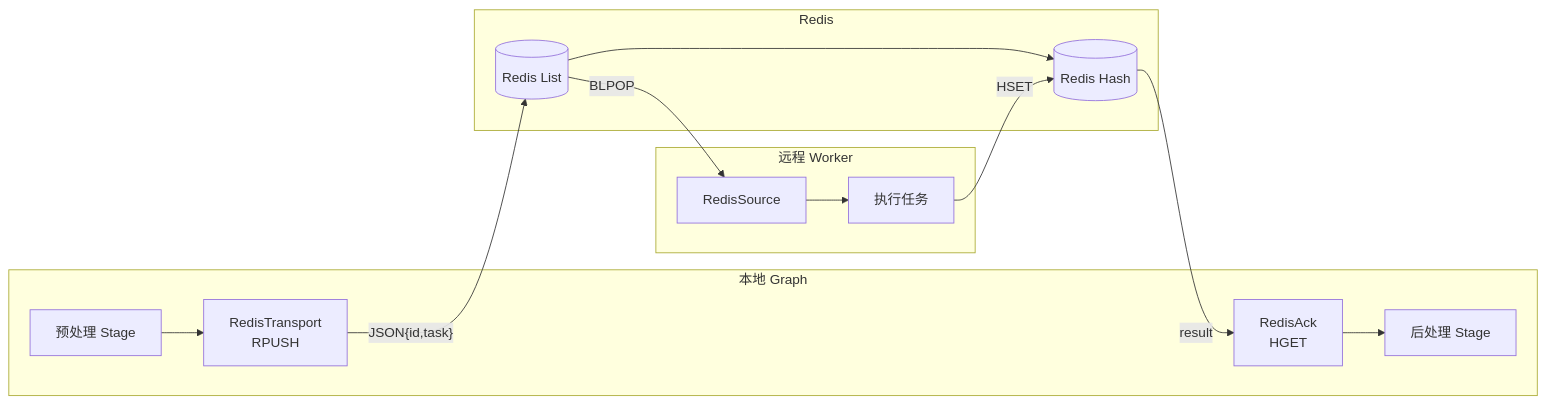
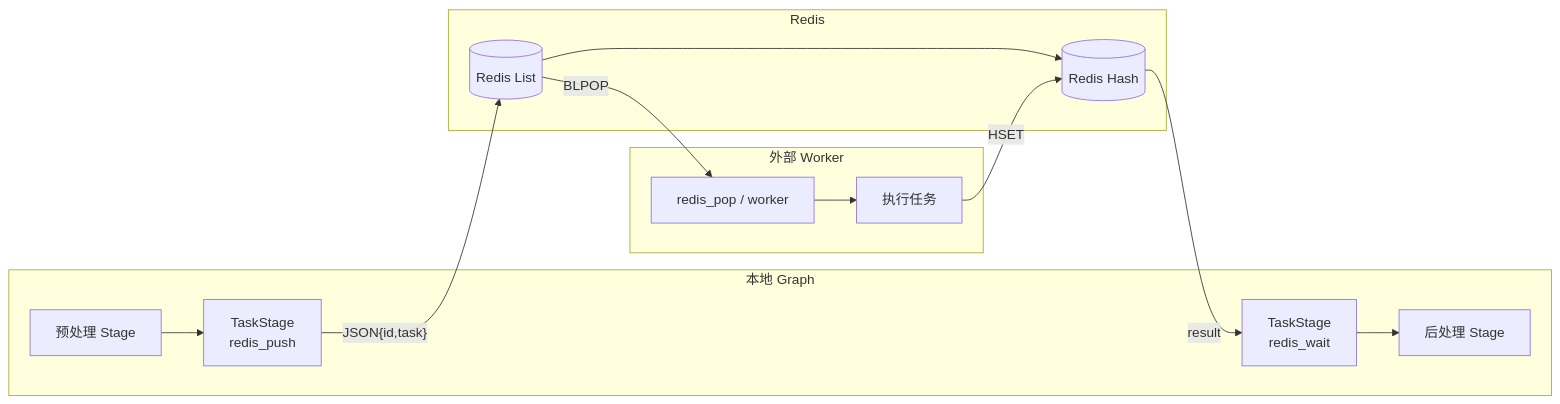
Before and after one commit to Mr-xiaotian/CelestialFlow: the ninth of 9 diagrams in docs/zh-CN/presentation.md, drawn with Mermaid. The commit also changed other lines of this file and 6 other files, not shown here.

````diff
--- a/docs/zh-CN/presentation.md
+++ b/docs/zh-CN/presentation.md
@@ -596,19 +592,19 @@
 ```mermaid
 graph LR
     subgraph 本地 Graph
-        A[预处理 Stage] --> B[RedisTransport<br/>RPUSH]
-        E[RedisAck<br/>HGET] --> F[后处理 Stage]
+        A[预处理 Stage] --> B[TaskStage<br/>redis_push]
+        E[TaskStage<br/>redis_wait] --> F[后处理 Stage]
     end
 
     subgraph Redis
         B -->|"JSON{id,task}"| C[(Redis List)]
         C --> D[(Redis Hash)]
         D -->|"result"| E
     end
 
-    subgraph 远程 Worker
-        C -->|BLPOP| G[RedisSource]
+    subgraph 外部 Worker
+        C -->|BLPOP| G[redis_pop / worker]
         G --> H[执行任务]
         H -->|HSET| D
     end
 ```
````
